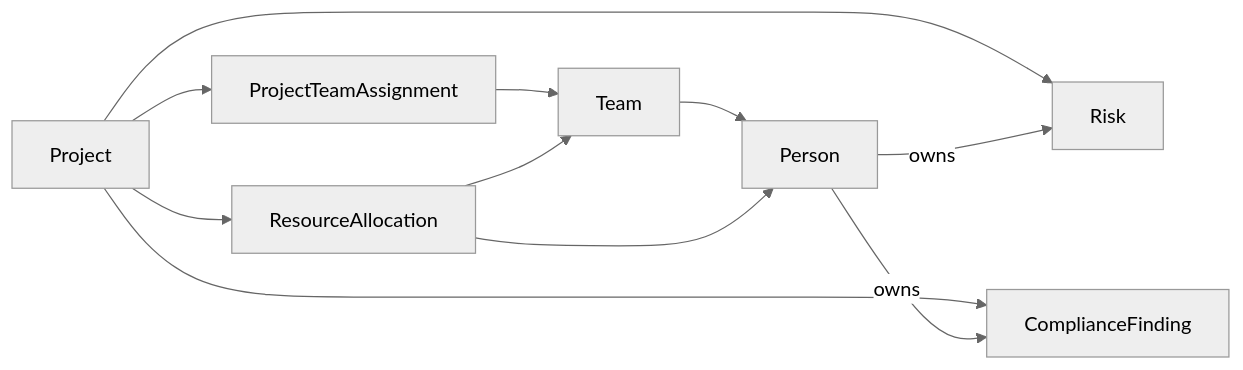
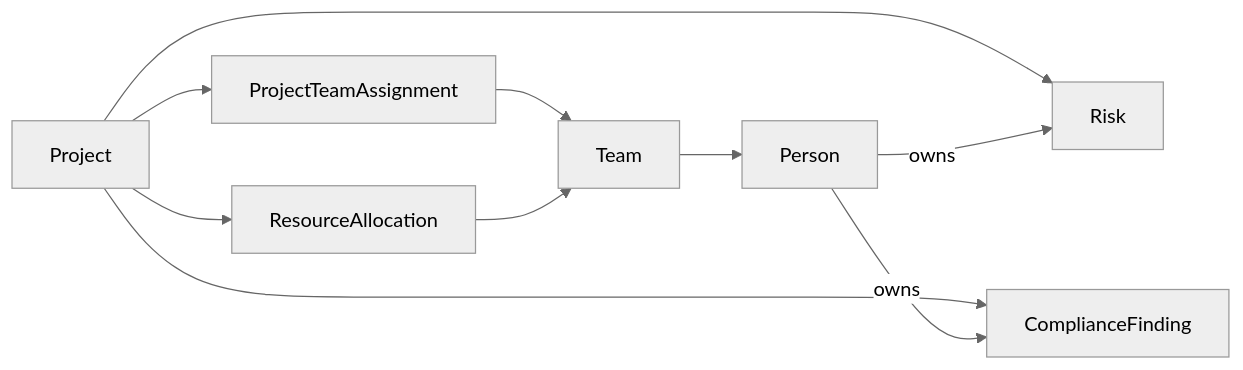
One commit to ontolox-ai/core changed the diagram in samples/99x/mvp-scope.md. Above: the diagram before and after it, drawn with Mermaid (neutral theme). The commit also changed other lines of this file and 2 other files, not shown here.

````diff
--- a/samples/99x/mvp-scope.md
+++ b/samples/99x/mvp-scope.md
@@ -38,13 +38,12 @@
 ```mermaid
 graph LR
     PROJECT[Project] --> ASSIGNMENT[ProjectTeamAssignment]
     ASSIGNMENT --> TEAM[Team]
     TEAM --> PERSON[Person]
     PROJECT --> RISK[Risk]
     PROJECT --> FINDING[ComplianceFinding]
     PROJECT --> ALLOCATION[ResourceAllocation]
     ALLOCATION --> TEAM
-    ALLOCATION --> PERSON
     PERSON -->|owns| RISK
     PERSON -->|owns| FINDING
 ```
````
